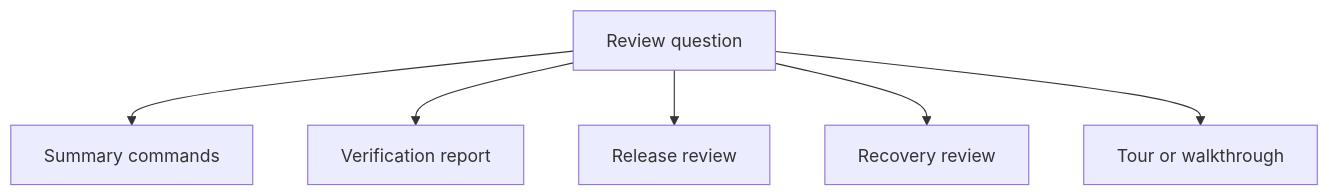
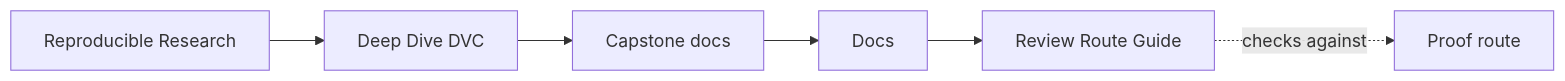
One commit to bijux/bijux-masterclass changed the first of 2 diagrams in programs/reproducible-research/deep-dive-dvc/capstone/docs/review-route-guide.md. Above: the diagram before and after it, drawn with Mermaid. The commit also changed other lines of this file and 90 other files, not shown here.

Commit message:
docs(deep-dive-dvc): map publication and recovery review surfaces

````diff
--- a/programs/reproducible-research/deep-dive-dvc/capstone/docs/review-route-guide.md
+++ b/programs/reproducible-research/deep-dive-dvc/capstone/docs/review-route-guide.md
@@ -6,8 +6,12 @@
 ```mermaid
-graph TD
-  question["Review question"] --> summary["Summary commands"]
-  question --> verify["Verification report"]
-  question --> release["Release review"]
-  question --> recovery["Recovery review"]
-  question --> tour["Tour or walkthrough"]
+graph LR
+  family["Reproducible Research"]
+  program["Deep Dive DVC"]
+  guide["Capstone docs"]
+  section["Docs"]
+  page["Review Route Guide"]
+  proof["Proof route"]
+
+  family --> program --> guide --> section --> page
+  page -.checks against.-> proof
 ```
````
